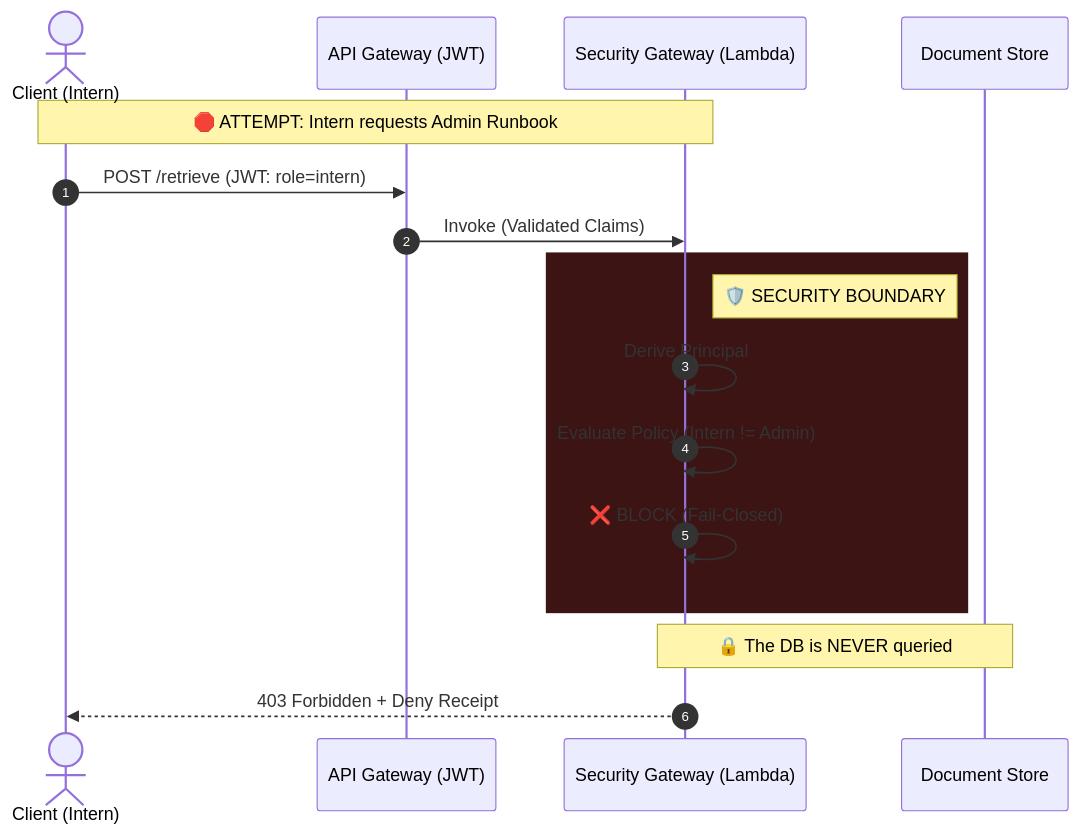
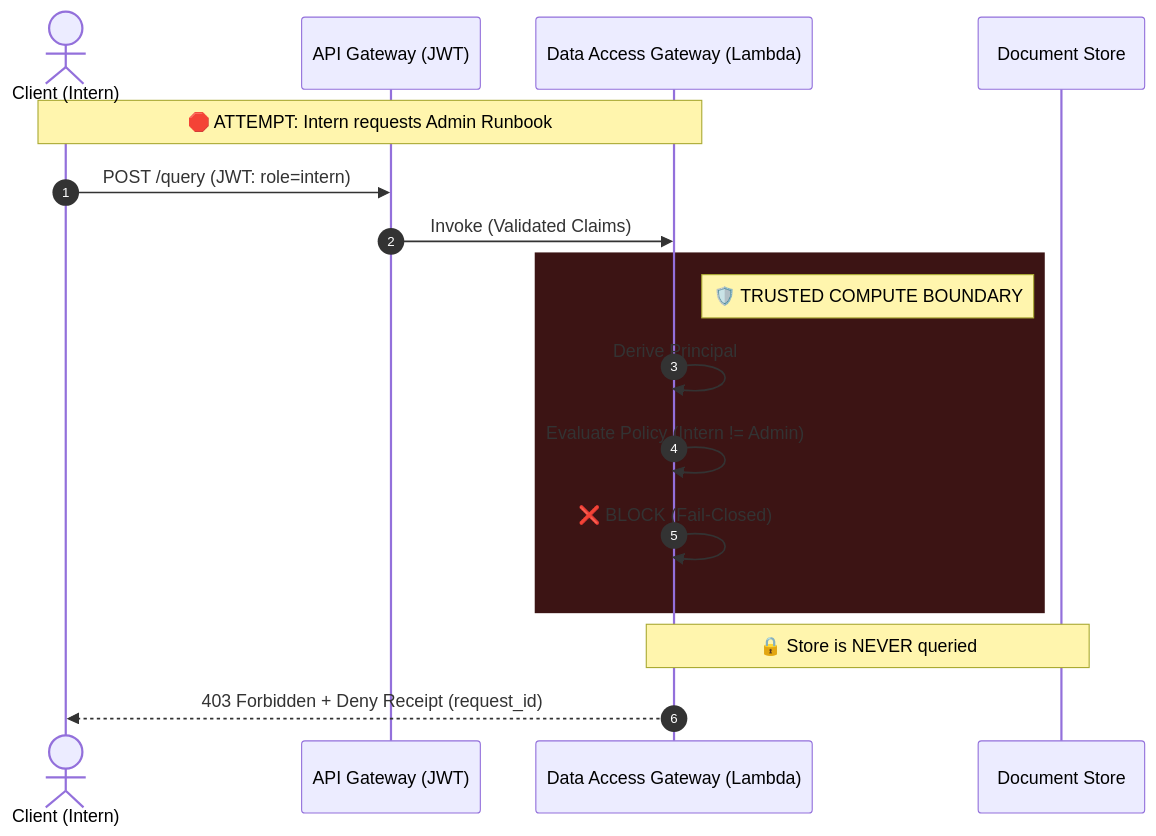
Before and after one commit to eugene-infosec/ai-security-gateway: the first of 2 diagrams in README.md, drawn with Mermaid. The commit also changed other lines of this file and 34 other files, not shown here.

````diff
--- a/README.md
+++ b/README.md
@@ -137,25 +157,25 @@
 ```mermaid
 sequenceDiagram
     autonumber
     actor User as Client (Intern)
     participant GW as API Gateway (JWT)
-    participant App as Security Gateway (Lambda)
+    participant App as Data Access Gateway (Lambda)
     participant DB as Document Store
 
     Note over User, App: 🛑 ATTEMPT: Intern requests Admin Runbook
 
-    User->>GW: POST /retrieve (JWT: role=intern)
+    User->>GW: POST /query (JWT: role=intern)
     GW->>App: Invoke (Validated Claims)
 
     rect rgb(60, 20, 20)
-        Note right of App: 🛡️ SECURITY BOUNDARY
+        Note right of App: 🛡️ TRUSTED COMPUTE BOUNDARY
         App->>App: Derive Principal
         App->>App: Evaluate Policy (Intern != Admin)
         App->>App: ❌ BLOCK (Fail-Closed)
     end
 
-    Note over App, DB: 🔒 The DB is NEVER queried
+    Note over App, DB: 🔒 Store is NEVER queried
 
-    App-->>User: 403 Forbidden + Deny Receipt
+    App-->>User: 403 Forbidden + Deny Receipt (request_id)
 
 ```
````
